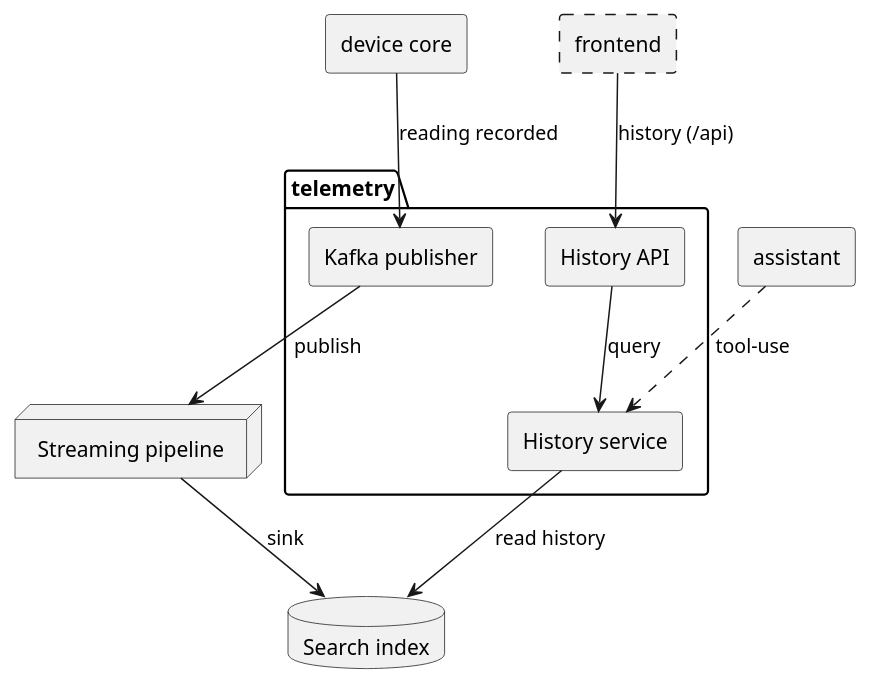
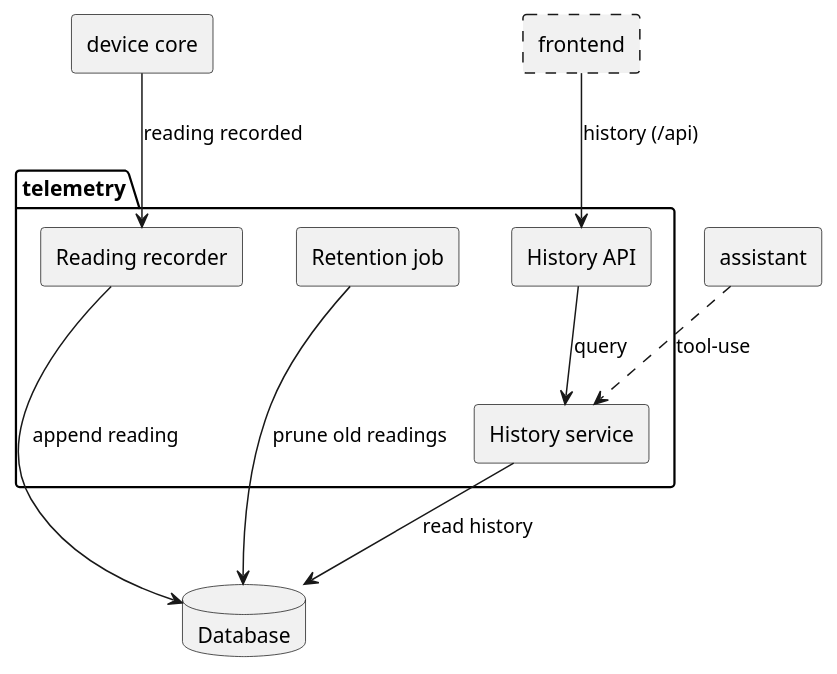
Before and after one commit to FelixGeisler/SmartHome: the fourth of 4 diagrams in docs/modules/ROOT/pages/05-building-block-view.adoc, drawn with PlantUML. The commit also changed other lines of this file and 44 other files, not shown here.

Commit message:
#66 Embed sensor history in the hub database and remove the Kafka and Elasticsearch stack

```diff
--- a/docs/modules/ROOT/pages/05-building-block-view.adoc
+++ b/docs/modules/ROOT/pages/05-building-block-view.adoc
@@ -152,25 +149,25 @@
 [plantuml,bb-telemetry,svg]
 ----
 @startuml
 skinparam componentStyle rectangle
 
 [device core] as device
 package "telemetry" {
-  [Kafka publisher] as pub
+  [Reading recorder] as rec
   [History service] as hist
   [History API] as histapi
+  [Retention job] as ret
 }
 [frontend] #line.dashed
 [assistant]
-node "Streaming pipeline" as pipeline
-database "Search index" as idx
+database "Database" as db
 
-device --> pub : reading recorded
-pub --> pipeline : publish
-pipeline --> idx : sink
+device --> rec : reading recorded
+rec --> db : append reading
 histapi --> hist : query
-hist --> idx : read history
+hist --> db : read history
+ret --> db : prune old readings
 [frontend] --> histapi : history (/api)
 [assistant] ..> hist : tool-use
 @enduml
 ----
```
